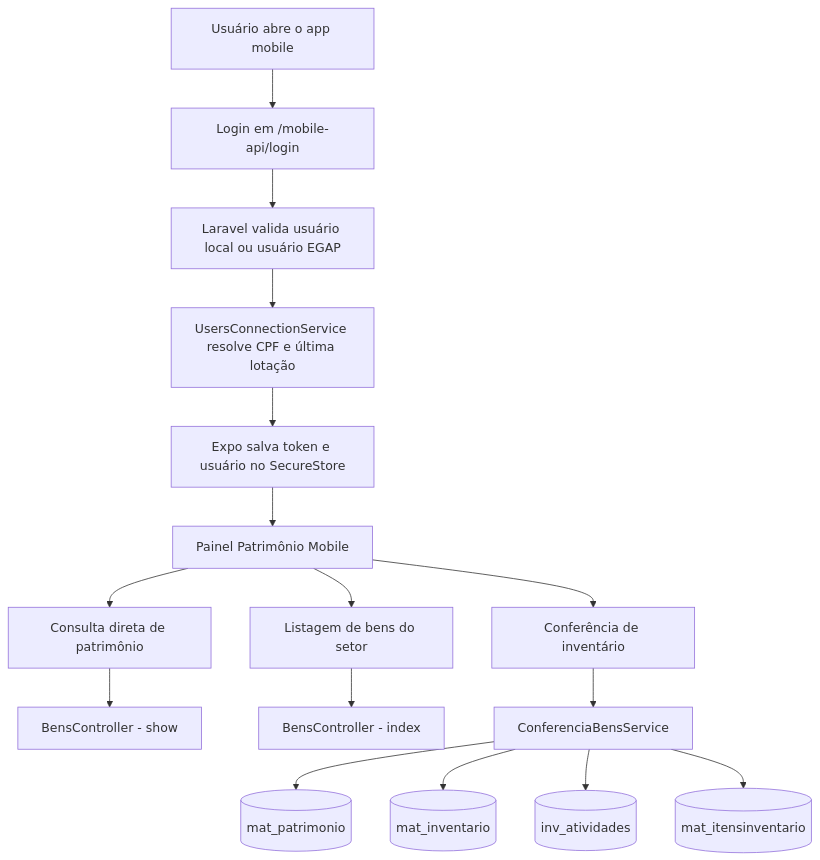
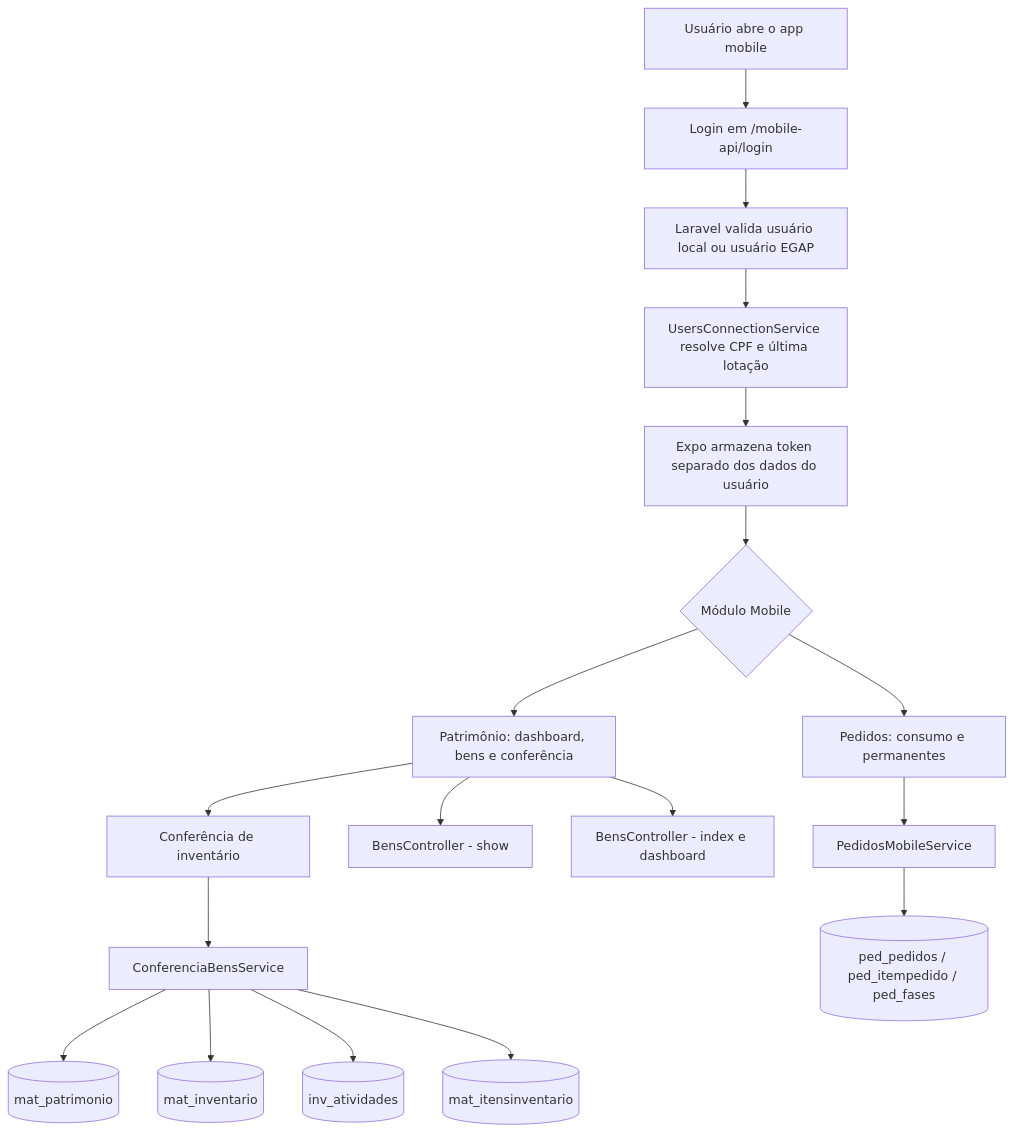
Before and after one commit to donzzim/EGAP: the first of 3 diagrams in README.md, drawn with Mermaid. The commit also changed other lines of this file, not shown here.

````diff
--- a/README.md
+++ b/README.md
@@ -26,18 +26,20 @@
 ```mermaid
 graph TD
     A[Usuário abre o app mobile] --> B[Login em /mobile-api/login]
     B --> C[Laravel valida usuário local ou usuário EGAP]
     C --> D[UsersConnectionService resolve CPF e última lotação]
-    D --> E[Expo salva token e usuário no SecureStore]
-    E --> F[Painel Patrimônio Mobile]
-    F --> G[Consulta direta de patrimônio]
-    F --> H[Listagem de bens do setor]
-    F --> I[Conferência de inventário]
+    D --> E[Expo armazena token separado dos dados do usuário]
+    E --> F{Módulo Mobile}
+    F --> G[Patrimônio: dashboard, bens e conferência]
+    F --> H[Pedidos: consumo e permanentes]
+    G --> I[Conferência de inventário]
     G --> J[BensController - show]
-    H --> K[BensController - index]
+    G --> K[BensController - index e dashboard]
     I --> L[ConferenciaBensService]
+    H --> Q[PedidosMobileService]
     L --> M[(mat_patrimonio)]
     L --> N[(mat_inventario)]
     L --> O[(inv_atividades)]
     L --> P[(mat_itensinventario)]
+    Q --> R[(ped_pedidos / ped_itempedido / ped_fases)]
 ```
````
